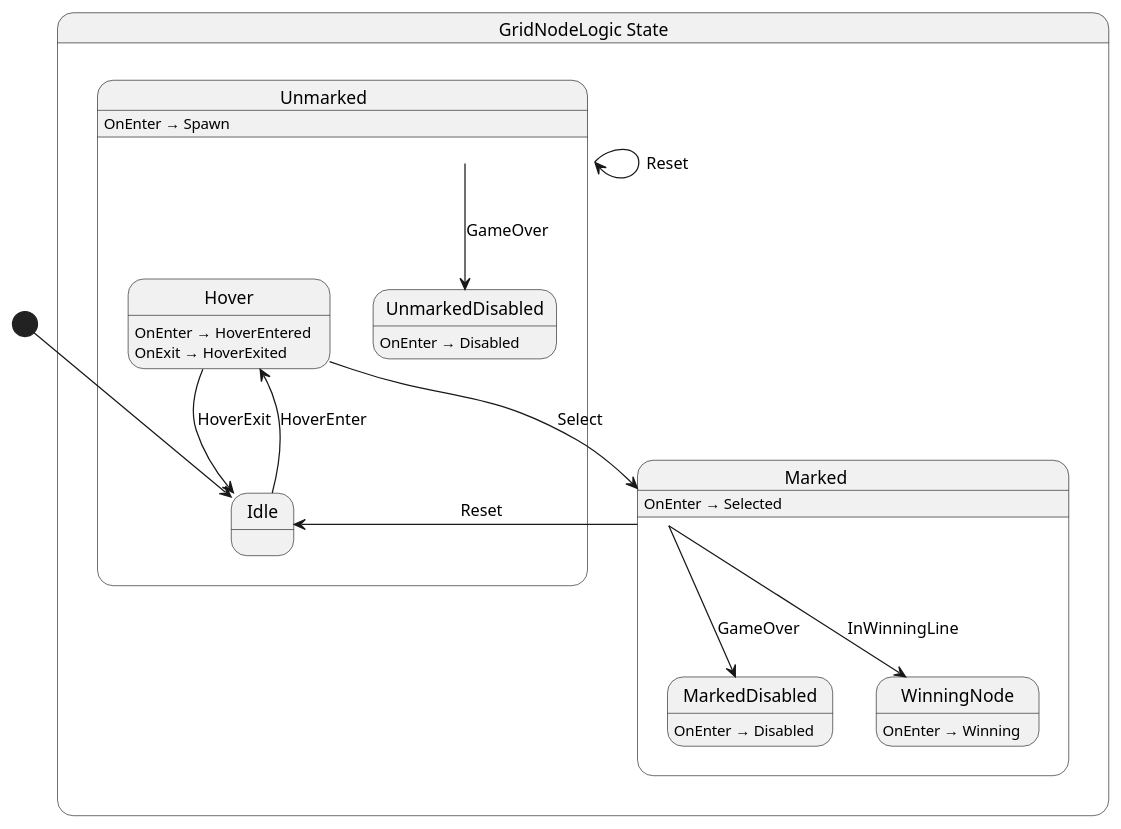
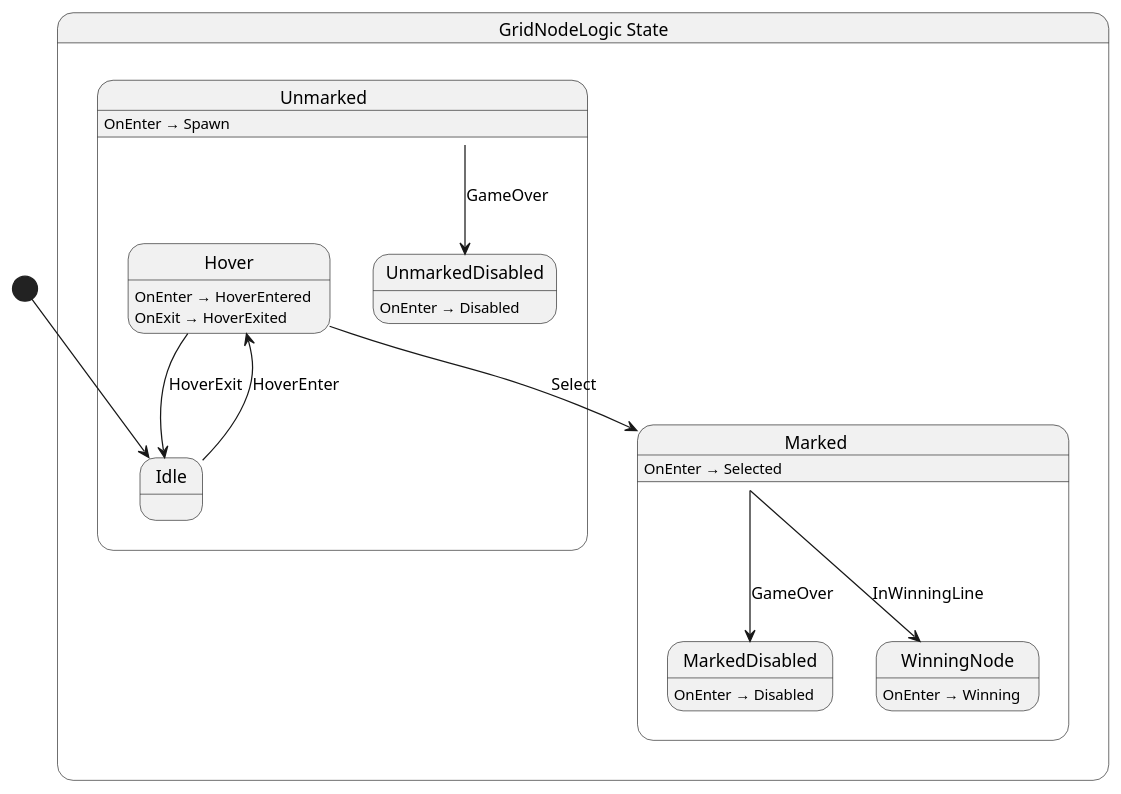
One commit to stranne/Vertex changed the diagram in src/GridNode/State/GridNodeLogic.g.puml. Above: the diagram before and after it, drawn with PlantUML. The commit also changed 6 other files, not shown here.

Commit message:
Don't reuse first grid node on new game

```diff
--- a/src/GridNode/State/GridNodeLogic.g.puml
+++ b/src/GridNode/State/GridNodeLogic.g.puml
@@ -1,32 +1,30 @@
 @startuml GridNodeLogic
 state "GridNodeLogic State" as Vertex_GridNode_State_GridNodeLogic_State {
   state "Marked" as Vertex_GridNode_State_GridNodeLogic_State_Marked {
     state "MarkedDisabled" as Vertex_GridNode_State_GridNodeLogic_State_MarkedDisabled
     state "WinningNode" as Vertex_GridNode_State_GridNodeLogic_State_WinningNode
   }
   state "Unmarked" as Vertex_GridNode_State_GridNodeLogic_State_Unmarked {
     state "UnmarkedDisabled" as Vertex_GridNode_State_GridNodeLogic_State_UnmarkedDisabled
     state "Hover" as Vertex_GridNode_State_GridNodeLogic_State_Hover
     state "Idle" as Vertex_GridNode_State_GridNodeLogic_State_Idle
   }
 }
 
 Vertex_GridNode_State_GridNodeLogic_State_Hover --> Vertex_GridNode_State_GridNodeLogic_State_Idle : HoverExit
 Vertex_GridNode_State_GridNodeLogic_State_Hover --> Vertex_GridNode_State_GridNodeLogic_State_Marked : Select
 Vertex_GridNode_State_GridNodeLogic_State_Idle --> Vertex_GridNode_State_GridNodeLogic_State_Hover : HoverEnter
-Vertex_GridNode_State_GridNodeLogic_State_Marked --> Vertex_GridNode_State_GridNodeLogic_State_Idle : Reset
 Vertex_GridNode_State_GridNodeLogic_State_Marked --> Vertex_GridNode_State_GridNodeLogic_State_MarkedDisabled : GameOver
 Vertex_GridNode_State_GridNodeLogic_State_Marked --> Vertex_GridNode_State_GridNodeLogic_State_WinningNode : InWinningLine
-Vertex_GridNode_State_GridNodeLogic_State_Unmarked --> Vertex_GridNode_State_GridNodeLogic_State_Unmarked : Reset
 Vertex_GridNode_State_GridNodeLogic_State_Unmarked --> Vertex_GridNode_State_GridNodeLogic_State_UnmarkedDisabled : GameOver
 
 Vertex_GridNode_State_GridNodeLogic_State_Hover : OnEnter → HoverEntered
 Vertex_GridNode_State_GridNodeLogic_State_Hover : OnExit → HoverExited
 Vertex_GridNode_State_GridNodeLogic_State_Marked : OnEnter → Selected
 Vertex_GridNode_State_GridNodeLogic_State_MarkedDisabled : OnEnter → Disabled
 Vertex_GridNode_State_GridNodeLogic_State_Unmarked : OnEnter → Spawn
 Vertex_GridNode_State_GridNodeLogic_State_UnmarkedDisabled : OnEnter → Disabled
 Vertex_GridNode_State_GridNodeLogic_State_WinningNode : OnEnter → Winning
 
 [*] --> Vertex_GridNode_State_GridNodeLogic_State_Idle
 @enduml
```
